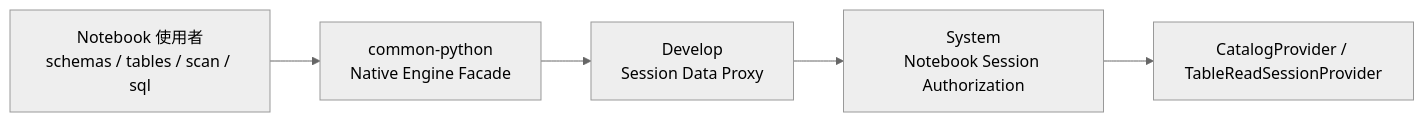
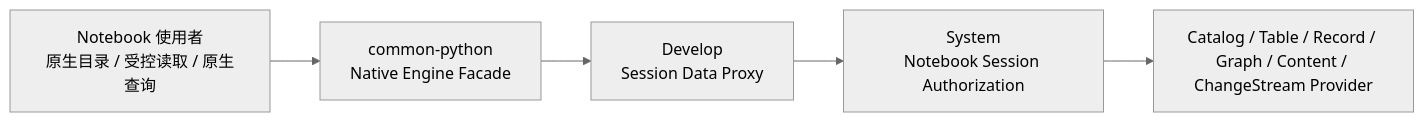
One commit to pampa0629/addp changed the third of 3 diagrams in docs/concepts/addp引擎体系图.md. Above: the diagram before and after it, drawn with Mermaid (neutral theme). The commit also changed other lines of this file and 171 other files, not shown here.

````diff
--- a/docs/concepts/addp引擎体系图.md
+++ b/docs/concepts/addp引擎体系图.md
@@ -219,10 +224,10 @@
 ```mermaid
 flowchart LR
-    User["Notebook 使用者<br/>schemas / tables / scan / sql"]
+    User["Notebook 使用者<br/>原生目录 / 受控读取 / 原生查询"]
     Facade["common-python<br/>Native Engine Facade"]
     Develop["Develop<br/>Session Data Proxy"]
     System["System<br/>Notebook Session Authorization"]
-    Provider["CatalogProvider / TableReadSessionProvider"]
+    Provider["Catalog / Table / Record / Graph / Content / ChangeStream Provider"]
 
     User --> Facade --> Develop --> System --> Provider
 ```
````
